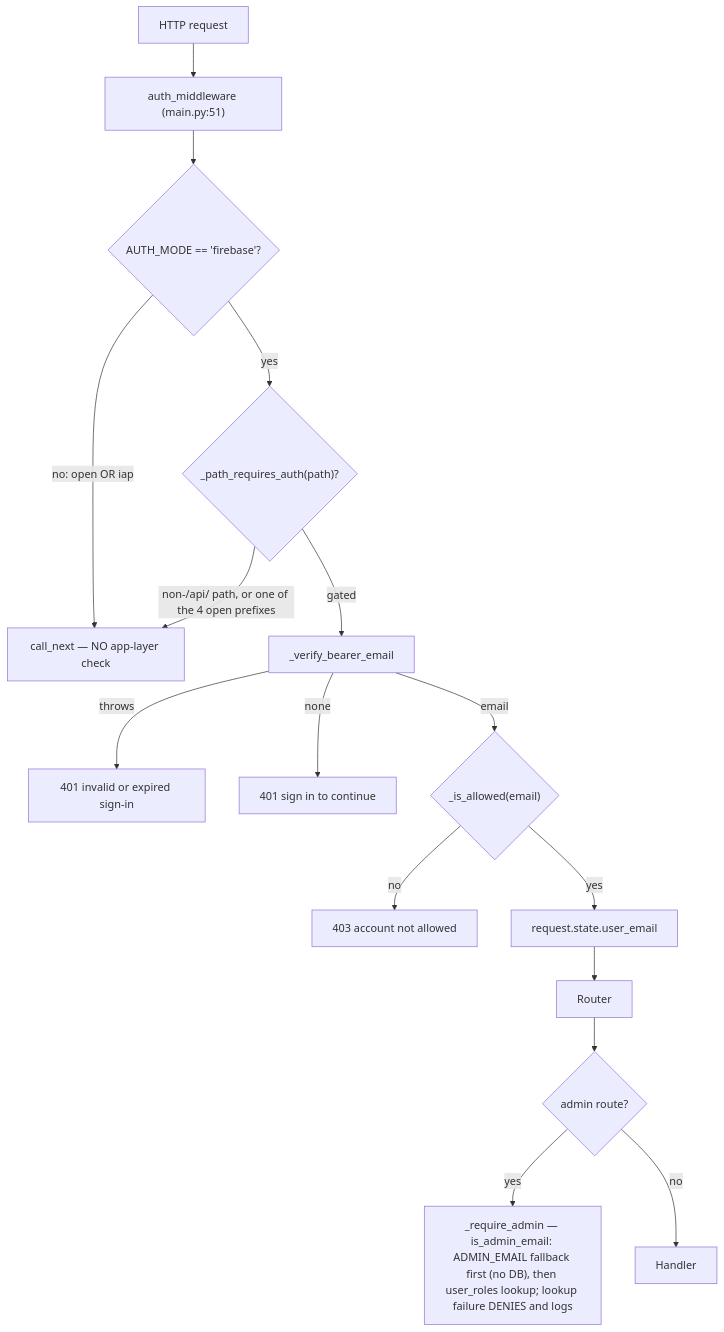
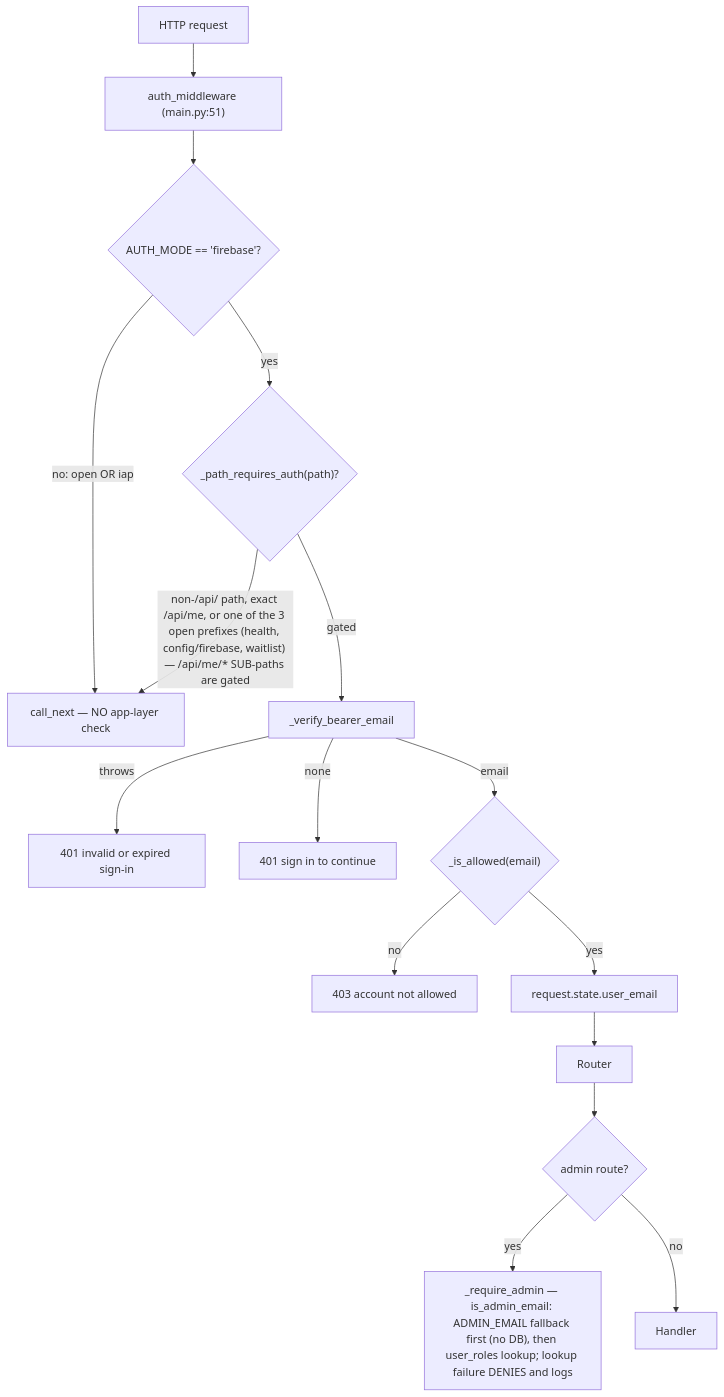
The diagram in docs/product/09-SECURITY-AUTH.md (TeneikaAskew/stocks), drawn with Mermaid before and after one commit. The commit also changed other lines of this file, not shown here.

Commit message:
docs: fix mermaid open-path label, mark live WIF condition unverified
Codex round 3, both verified:

* The flow diagram's PASS branch still said "4 open prefixes",
  contradicting the adjacent table and implying /api/me/* sub-paths
  bypass auth. Relabeled: exact /api/me plus the three open prefixes,
  with sub-paths explicitly gated.

* The WIF provider condition was presented as the enforced boundary
  under VERIFIED — CODE, but the repo only proves the DOCUMENTED
  condition; the ref clamp reaches GCP solely via the operator-run
  update-oidc roll-forward, which no workflow applies. The row now
  marks the live provider state UNVERIFIED and treats the clamp as a
  rollout prerequisite until an operator confirms it with providers
  describe.

Claude-Session: https://claude.ai/code/session_01JRK8S4osdq5Xv4mrSpLD3j

````diff
--- a/docs/product/09-SECURITY-AUTH.md
+++ b/docs/product/09-SECURITY-AUTH.md
@@ -27,17 +27,17 @@
 ```mermaid
 flowchart TB
  REQ[HTTP request] --> MW["auth_middleware (main.py:51)"]
  MW --> M{"AUTH_MODE == 'firebase'?"}
  M -->|no: open OR iap| PASS[call_next — NO app-layer check]
  M -->|yes| P{"_path_requires_auth(path)?"}
- P -->|"non-/api/ path, or one of the 4 open prefixes"| PASS
+ P -->|"non-/api/ path, exact /api/me, or one of the 3 open prefixes (health, config/firebase, waitlist) — /api/me/* SUB-paths are gated"| PASS
  P -->|gated| V["_verify_bearer_email"]
  V -->|throws| E401[401 invalid or expired sign-in]
  V -->|none| E401b[401 sign in to continue]
  V -->|email| AL{"_is_allowed(email)"}
  AL -->|no| E403[403 account not allowed]
  AL -->|yes| ST[request.state.user_email] --> ROUTER[Router]
  ROUTER --> ADM{"admin route?"}
  ADM -->|yes| RA["_require_admin — is_admin_email: ADMIN_EMAIL fallback first (no DB), then user_roles lookup; lookup failure DENIES and logs"]
  ADM -->|no| OK[Handler]
 ```
````
